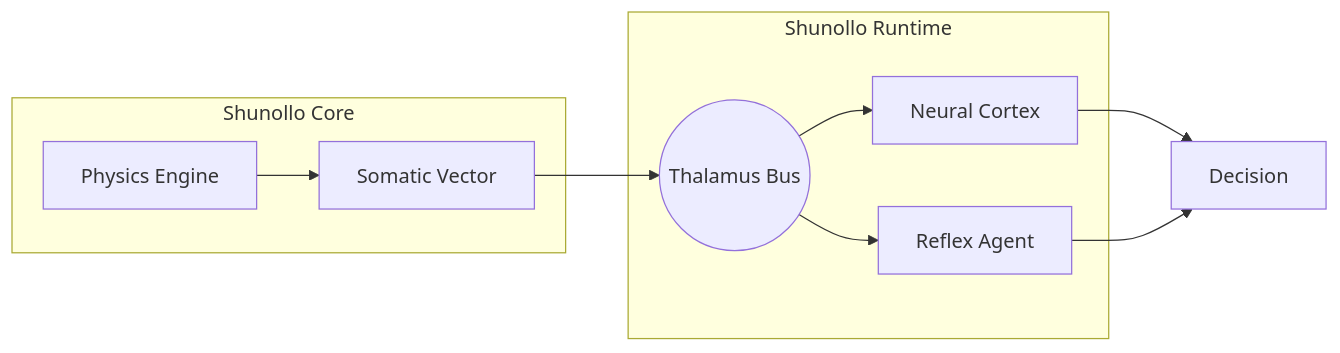
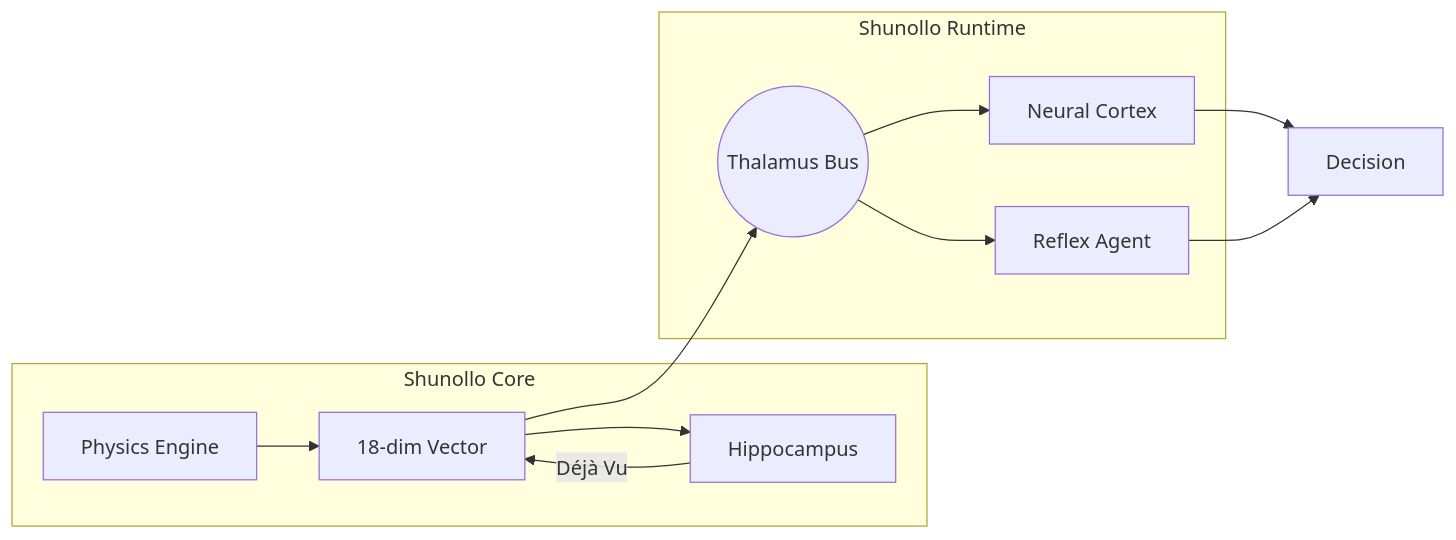
One commit to TheLazyEyedJedi/Shunollo changed the diagram in README.md. Above: the diagram before and after it, drawn with Mermaid. The commit also changed other lines of this file and 2 other files, not shown here.

Commit message:
docs: Update documentation for v0.2.0 Physics-RAG release

````diff
--- a/README.md
+++ b/README.md
@@ -33,14 +68,16 @@
 ```mermaid
 graph LR
     subgraph Shunollo Core
-    A[Physics Engine] --> B[Somatic Vector]
+    A[Physics Engine] --> B[18-dim Vector]
+    B --> M[Hippocampus]
+    M -->|Déjà Vu| B
     end
     
     subgraph Shunollo Runtime
     B --> C((Thalamus Bus))
     C --> D[Neural Cortex]
     C --> E[Reflex Agent]
     end
     
     D & E --> F[Decision]
 ```
````
